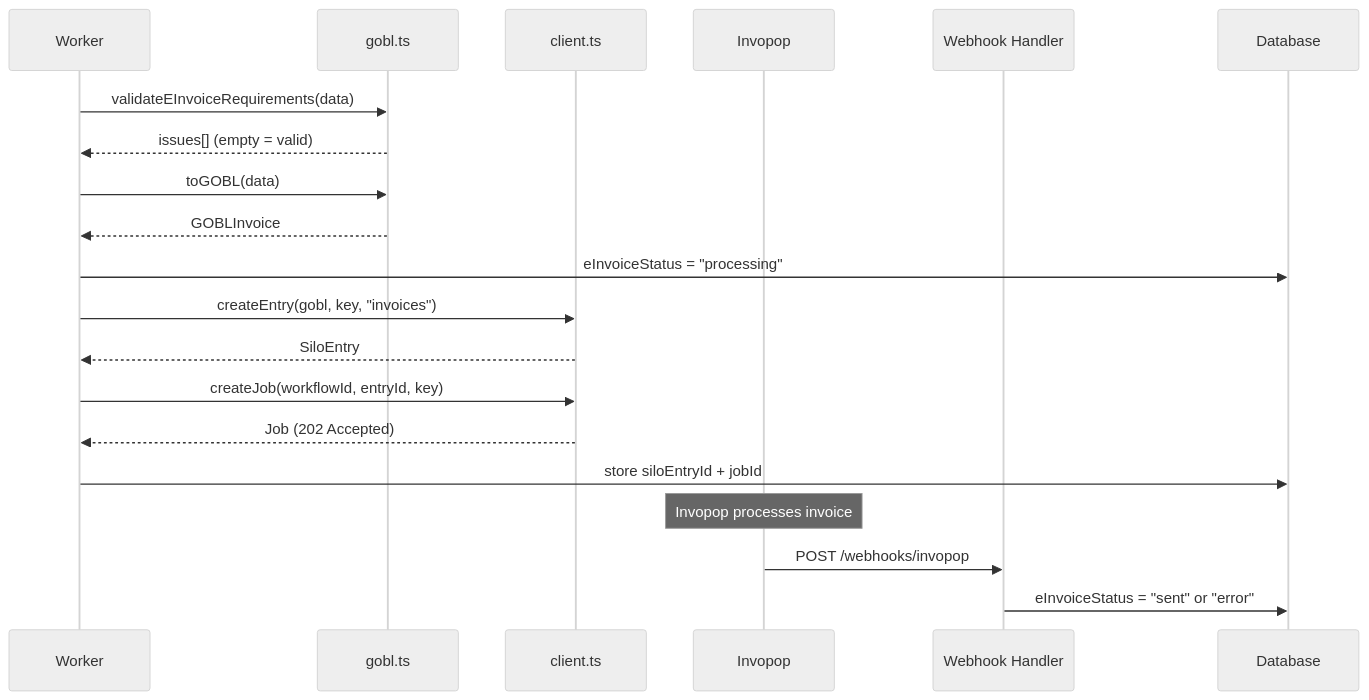
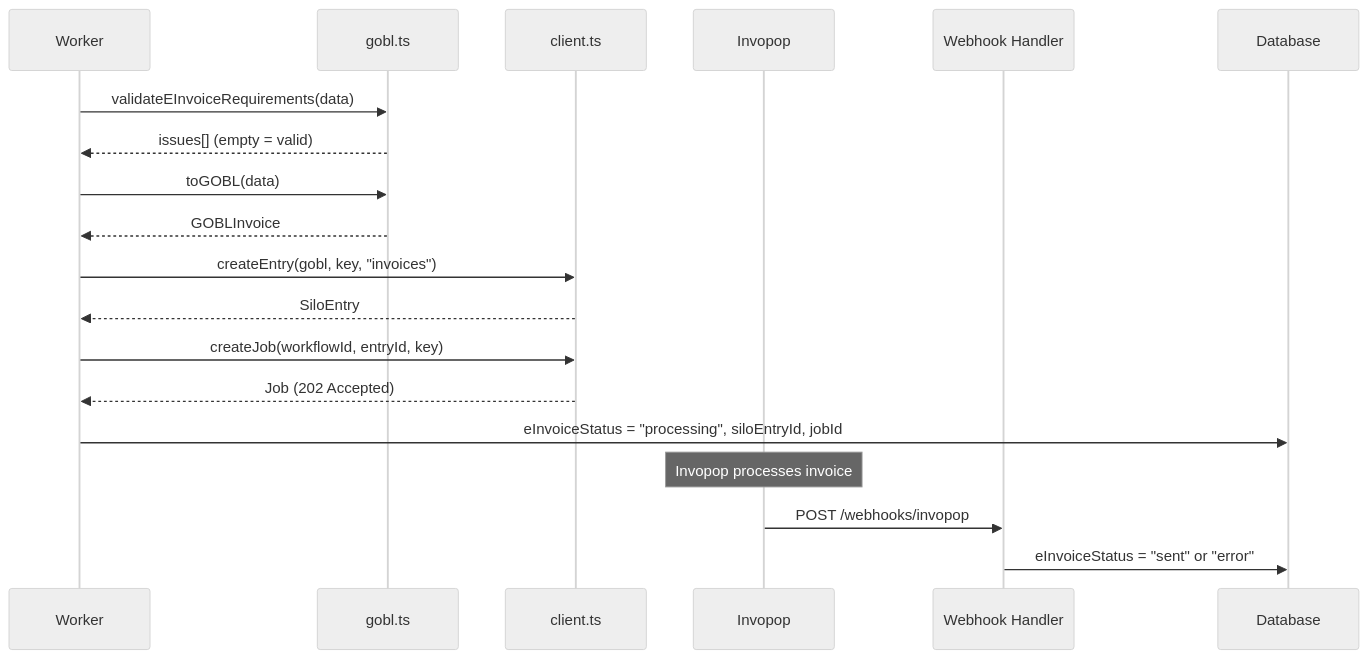
One commit to midday-ai/midday changed the second of 3 diagrams in packages/e-invoice/README.md. Above: the diagram before and after it, drawn with Mermaid (neutral theme). The commit also changed 5 other files, not shown here.

````diff
--- a/packages/e-invoice/README.md
+++ b/packages/e-invoice/README.md
@@ -118,23 +118,22 @@
 ```mermaid
 sequenceDiagram
     participant W as Worker
     participant G as gobl.ts
     participant C as client.ts
     participant I as Invopop
     participant WH as Webhook Handler
     participant DB as Database
 
     W->>G: validateEInvoiceRequirements(data)
     G-->>W: issues[] (empty = valid)
     W->>G: toGOBL(data)
     G-->>W: GOBLInvoice
-    W->>DB: eInvoiceStatus = "processing"
     W->>C: createEntry(gobl, key, "invoices")
     C-->>W: SiloEntry
     W->>C: createJob(workflowId, entryId, key)
     C-->>W: Job (202 Accepted)
-    W->>DB: store siloEntryId + jobId
+    W->>DB: eInvoiceStatus = "processing", siloEntryId, jobId
     Note over I: Invopop processes invoice
     I->>WH: POST /webhooks/invopop
     WH->>DB: eInvoiceStatus = "sent" or "error"
 ```
````
